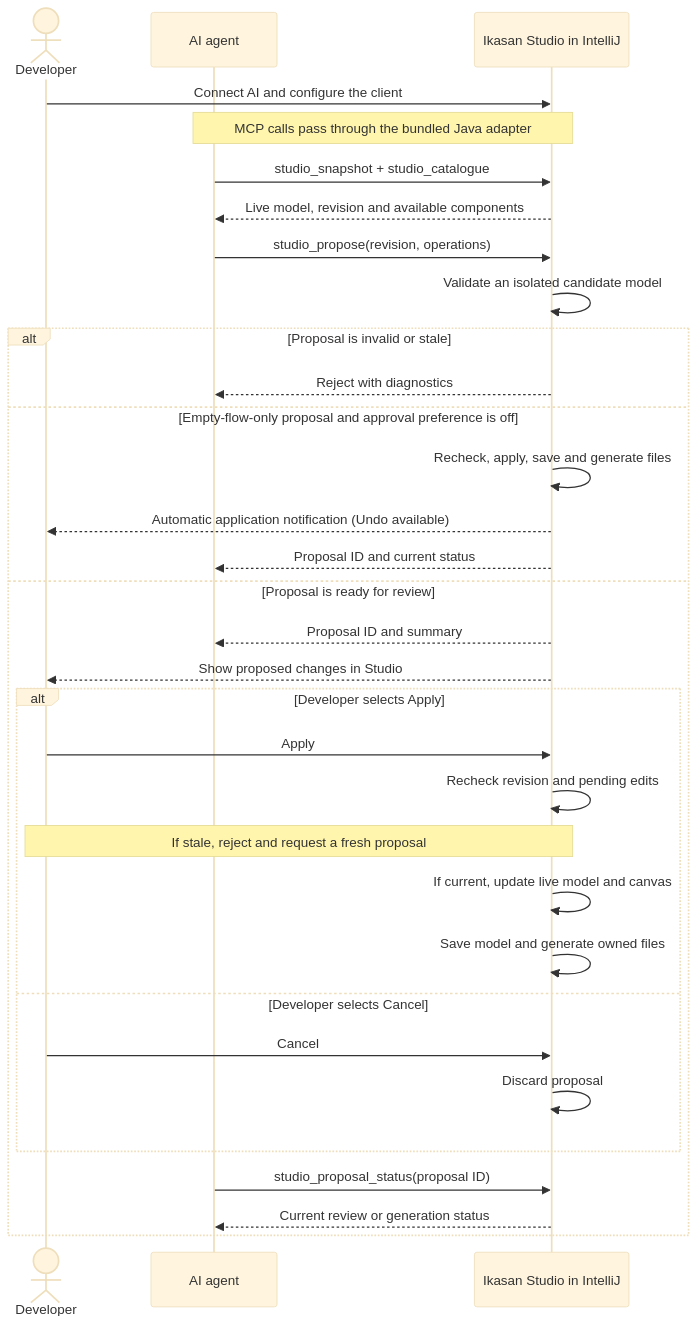
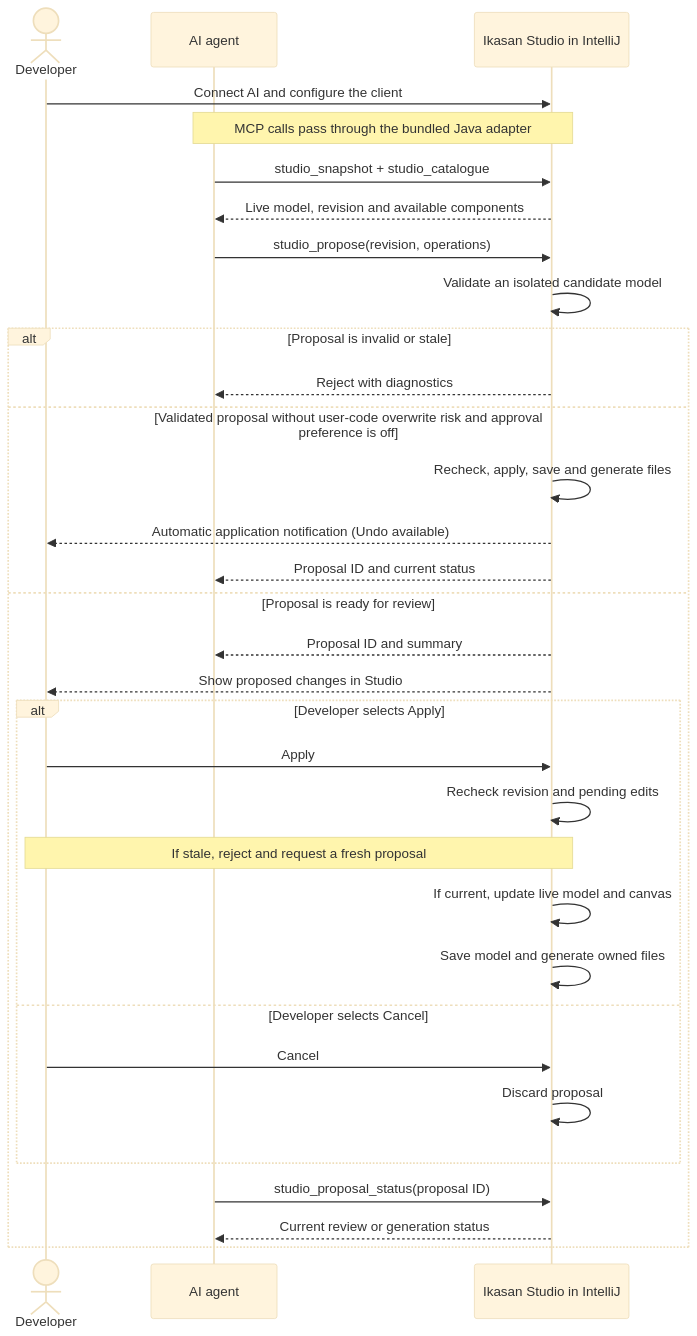
Before and after one commit to ikasanEIP/IkasanStudio: the diagram in docs/StudioAiBridge.md, drawn with Mermaid (base theme). The commit also changed other lines of this file and 13 other files, not shown here.

````diff
--- a/docs/StudioAiBridge.md
+++ b/docs/StudioAiBridge.md
@@ -13,35 +13,35 @@
 ```mermaid
 sequenceDiagram
     actor Developer
     participant Agent as AI agent
     participant Studio as Ikasan Studio in IntelliJ
 
     Developer->>Studio: Connect AI and configure the client
     Note over Agent,Studio: MCP calls pass through the bundled Java adapter
     Agent->>Studio: studio_snapshot + studio_catalogue
     Studio-->>Agent: Live model, revision and available components
     Agent->>Studio: studio_propose(revision, operations)
     Studio->>Studio: Validate an isolated candidate model
     alt Proposal is invalid or stale
         Studio-->>Agent: Reject with diagnostics
-    else Empty-flow-only proposal and approval preference is off
+    else Validated proposal without user-code overwrite risk and approval preference is off
         Studio->>Studio: Recheck, apply, save and generate files
         Studio-->>Developer: Automatic application notification (Undo available)
         Studio-->>Agent: Proposal ID and current status
     else Proposal is ready for review
         Studio-->>Agent: Proposal ID and summary
         Studio-->>Developer: Show proposed changes in Studio
         alt Developer selects Apply
             Developer->>Studio: Apply
             Studio->>Studio: Recheck revision and pending edits
             Note over Developer,Studio: If stale, reject and request a fresh proposal
             Studio->>Studio: If current, update live model and canvas
             Studio->>Studio: Save model and generate owned files
         else Developer selects Cancel
             Developer->>Studio: Cancel
             Studio->>Studio: Discard proposal
         end
         Agent->>Studio: studio_proposal_status(proposal ID)
         Studio-->>Agent: Current review or generation status
     end
 ```
````
